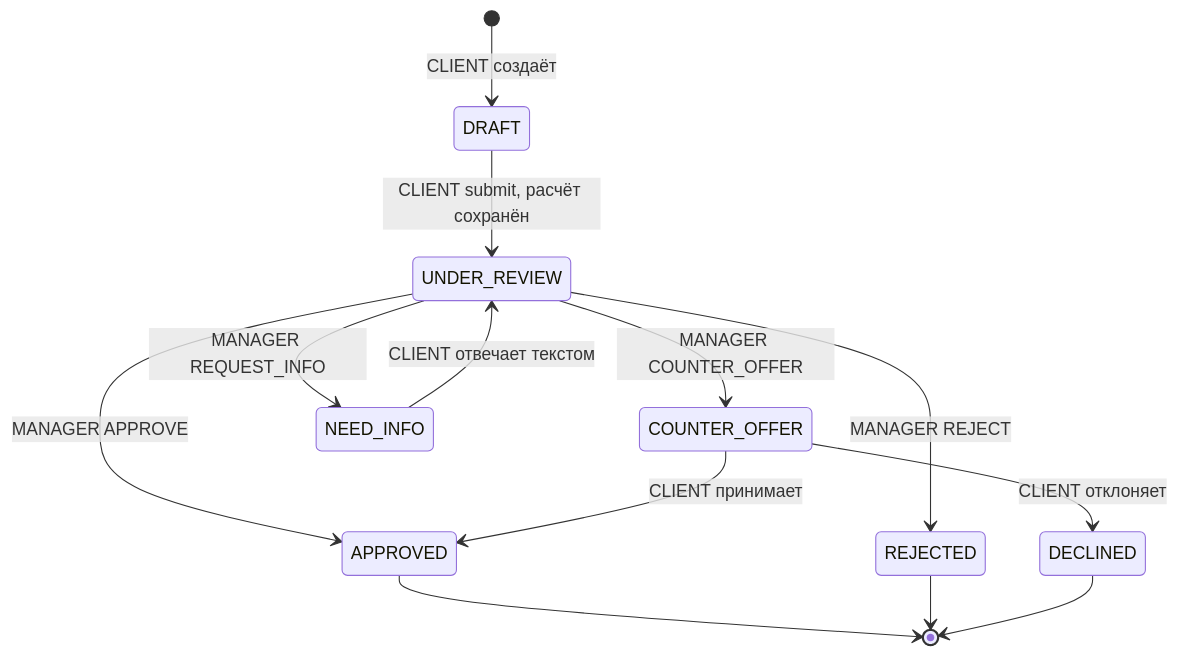
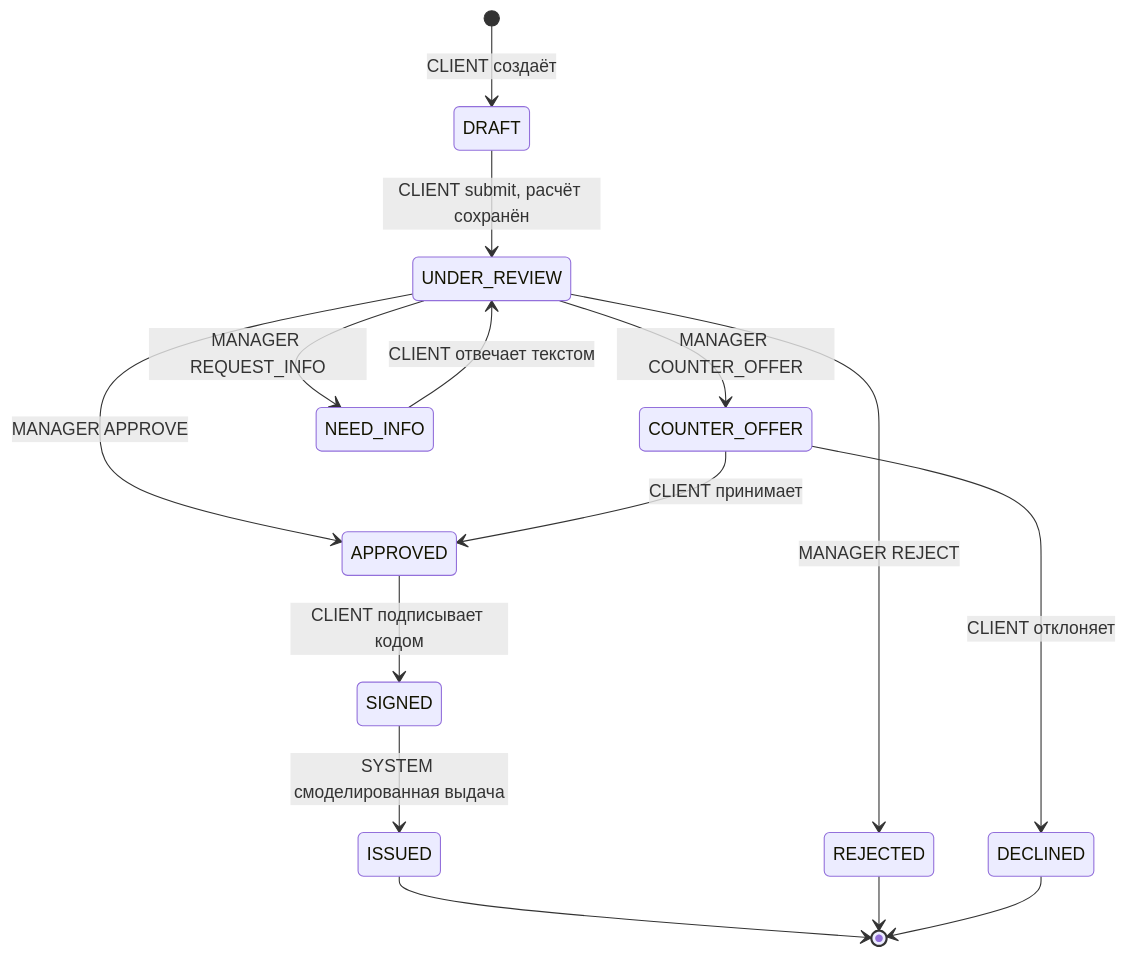
The third of 3 diagrams in docs/design.md (gpt-told-me-to-name-this-43/creditflow), drawn with Mermaid before and after one commit. The commit also changed other lines of this file and 10 other files, not shown here.

````diff
--- a/docs/design.md
+++ b/docs/design.md
@@ -218,15 +397,17 @@
 ```mermaid
 stateDiagram-v2
     [*] --> DRAFT: CLIENT создаёт
     DRAFT --> UNDER_REVIEW: CLIENT submit, расчёт сохранён
     UNDER_REVIEW --> APPROVED: MANAGER APPROVE
     UNDER_REVIEW --> REJECTED: MANAGER REJECT
     UNDER_REVIEW --> COUNTER_OFFER: MANAGER COUNTER_OFFER
     UNDER_REVIEW --> NEED_INFO: MANAGER REQUEST_INFO
     NEED_INFO --> UNDER_REVIEW: CLIENT отвечает текстом
     COUNTER_OFFER --> APPROVED: CLIENT принимает
     COUNTER_OFFER --> DECLINED: CLIENT отклоняет
-    APPROVED --> [*]
+    APPROVED --> SIGNED: CLIENT подписывает кодом
+    SIGNED --> ISSUED: SYSTEM смоделированная выдача
+    ISSUED --> [*]
     REJECTED --> [*]
     DECLINED --> [*]
 ```
````
